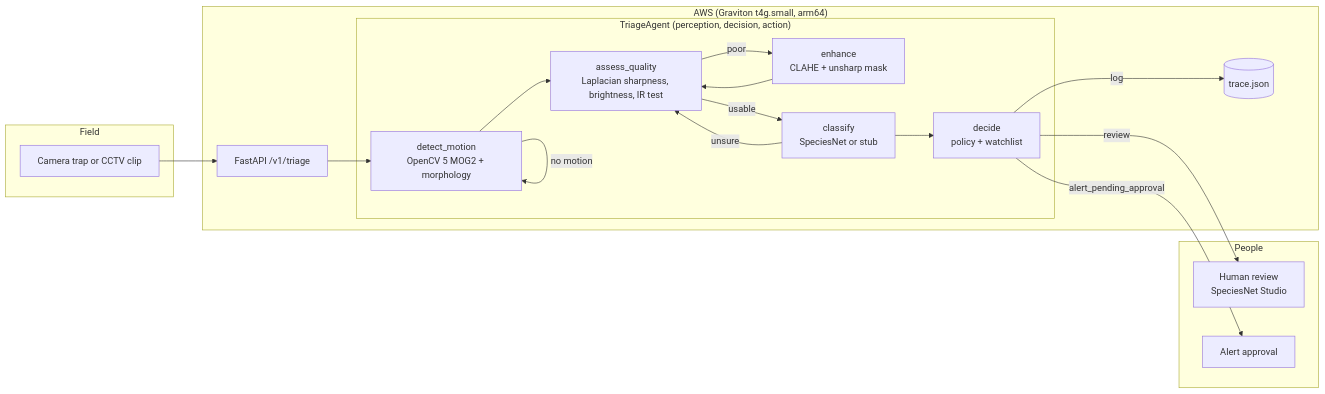
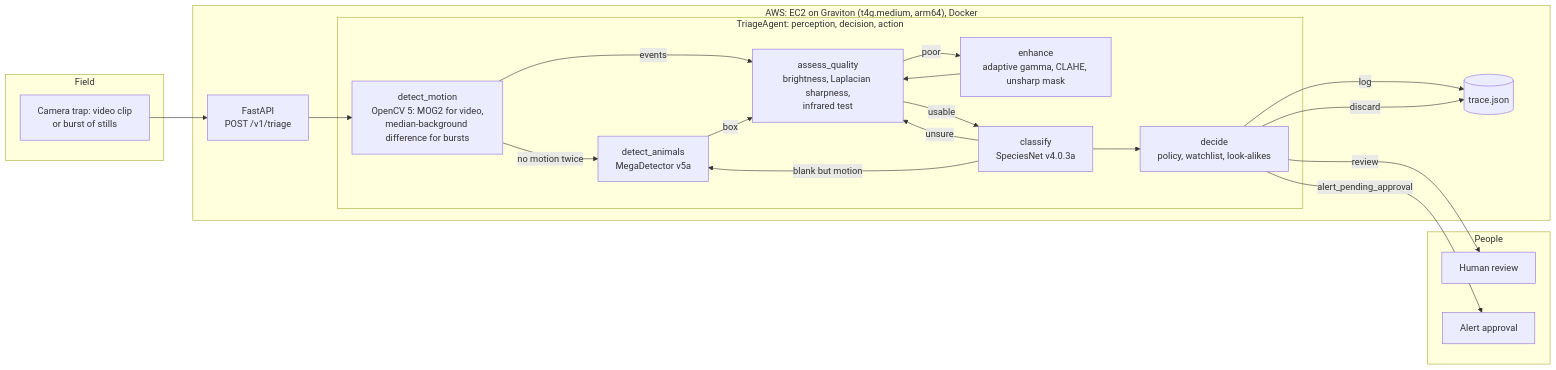
The diagram in docs/architecture.md (wlnw-org/trailwatch), drawn with Mermaid before and after one commit. The commit also changed other lines of this file and 37 other files, not shown here.

Commit message:
Real camera-trap bursts, MegaDetector fallback, look-alike review rule, real-data benchmark, report

````diff
--- a/docs/architecture.md
+++ b/docs/architecture.md
@@ -3,30 +3,35 @@
 ```mermaid
 flowchart LR
   subgraph Field["Field"]
-    CT[Camera trap or CCTV clip]
+    CT[Camera trap: video clip<br/>or burst of stills]
   end
-  subgraph AWS["AWS (Graviton t4g.small, arm64)"]
-    API[FastAPI /v1/triage]
-    subgraph Agent["TriageAgent (perception, decision, action)"]
-      M[detect_motion<br/>OpenCV 5 MOG2 + morphology]
-      Q[assess_quality<br/>Laplacian sharpness, brightness, IR test]
-      E[enhance<br/>CLAHE + unsharp mask]
-      C[classify<br/>SpeciesNet or stub]
-      D[decide<br/>policy + watchlist]
+  subgraph AWS["AWS: EC2 on Graviton (t4g.medium, arm64), Docker"]
+    API[FastAPI<br/>POST /v1/triage]
+    subgraph Agent["TriageAgent: perception, decision, action"]
+      M[detect_motion<br/>OpenCV 5: MOG2 for video,<br/>median-background difference for bursts]
+      Q[assess_quality<br/>brightness, Laplacian sharpness,<br/>infrared test]
+      E[enhance<br/>adaptive gamma, CLAHE, unsharp mask]
+      D[detect_animals<br/>MegaDetector v5a]
+      C[classify<br/>SpeciesNet v4.0.3a]
+      P[decide<br/>policy, watchlist, look-alikes]
     end
     T[(trace.json)]
   end
   subgraph People["People"]
-    R[Human review<br/>SpeciesNet Studio]
+    R[Human review]
     A[Alert approval]
   end
-  CT --> API --> M --> Q
+  CT --> API --> M
+  M -- no motion twice --> D
+  M -- events --> Q
+  D -- box --> Q
   Q -- poor --> E --> Q
   Q -- usable --> C
   C -- unsure --> Q
-  C --> D
-  D -- log --> T
-  D -- review --> R
-  D -- alert_pending_approval --> A
-  M -- no motion --> M
+  C -- blank but motion --> D
+  C --> P
+  P -- log --> T
+  P -- discard --> T
+  P -- review --> R
+  P -- alert_pending_approval --> A
 ```
````
